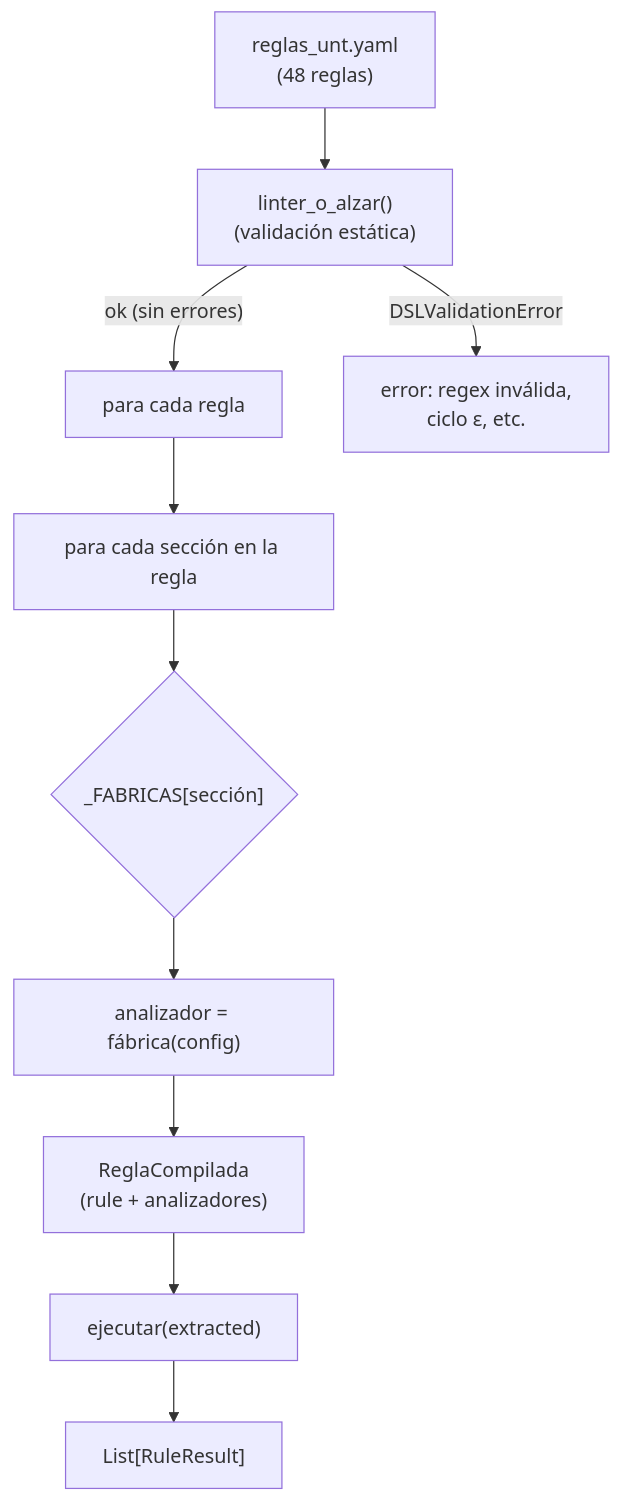
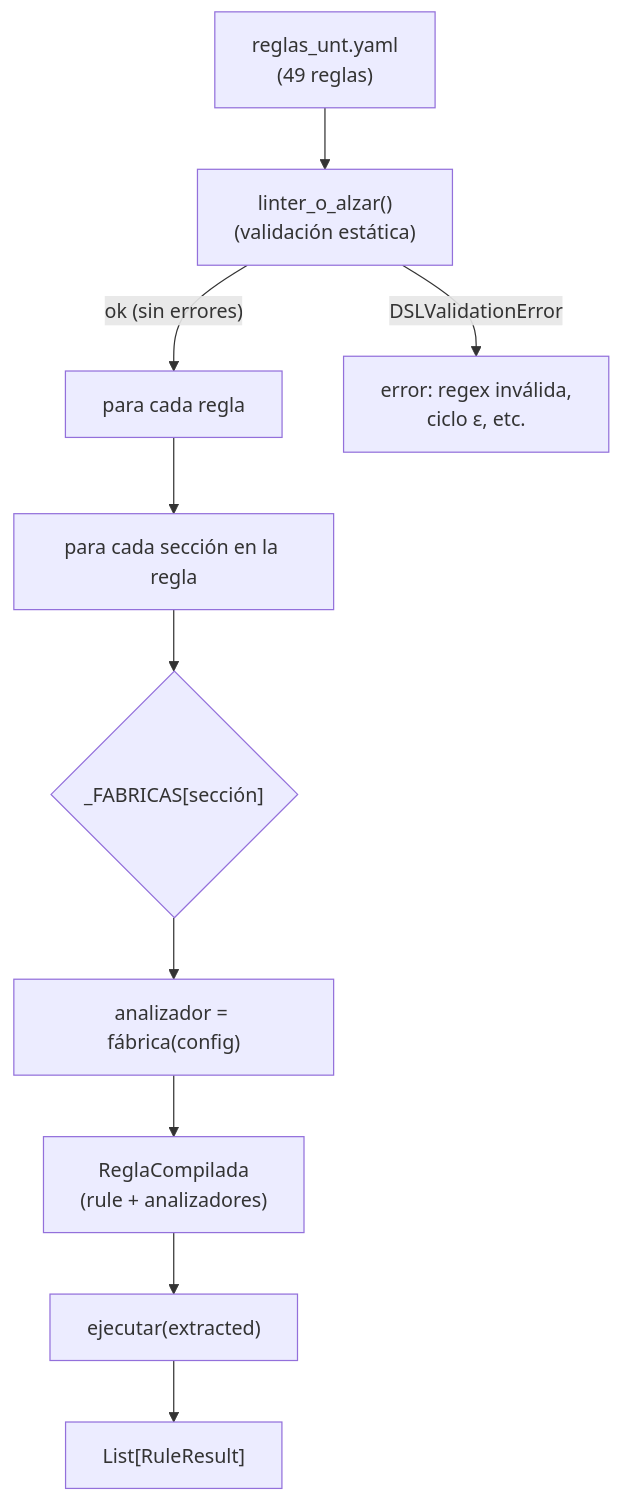
One commit to IvanSanchezSil/vistobueno changed the first of 4 diagrams in docs/diseno/05_compilador_linter.md. Above: the diagram before and after it, drawn with Mermaid. The commit also changed 23 other files, not shown here.

````diff
--- a/docs/diseno/05_compilador_linter.md
+++ b/docs/diseno/05_compilador_linter.md
@@ -14,12 +14,12 @@
 ```mermaid
 flowchart TD
-    YAML["reglas_unt.yaml<br/>(48 reglas)"] --> LINT["linter_o_alzar()<br/>(validación estática)"]
+    YAML["reglas_unt.yaml<br/>(49 reglas)"] --> LINT["linter_o_alzar()<br/>(validación estática)"]
     LINT -- "ok (sin errores)" --> LOOP["para cada regla"]
     LINT -- "DSLValidationError" --> F["error: regex inválida,<br/>ciclo ε, etc."]
     LOOP --> SECC["para cada sección en la regla"]
     SECC --> FAB{"_FABRICAS[sección]"}
     FAB --> AN["analizador = fábrica(config)"]
     AN --> RC["ReglaCompilada<br/>(rule + analizadores)"]
     RC --> RUN["ejecutar(extracted)"]
     RUN --> RR["List[RuleResult]"]
 ```
````
